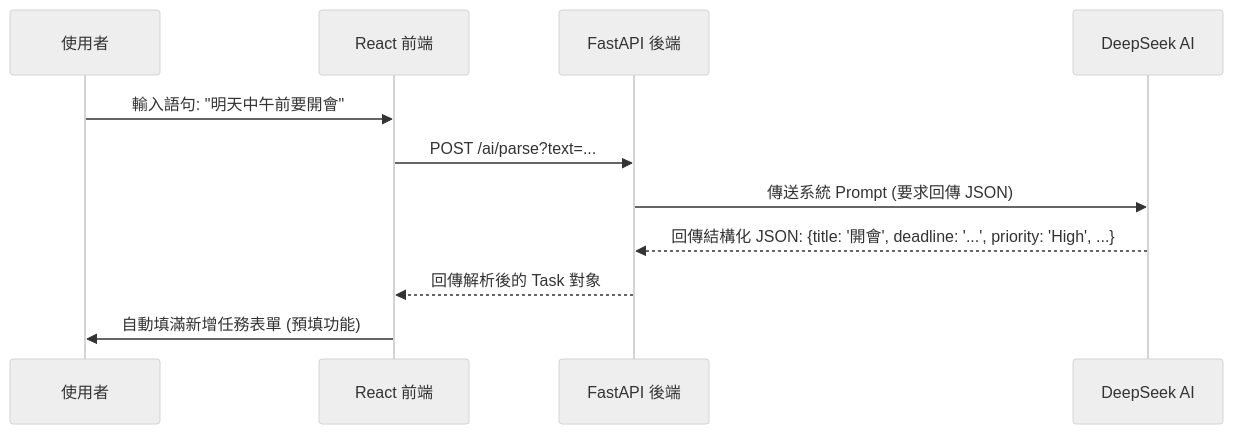
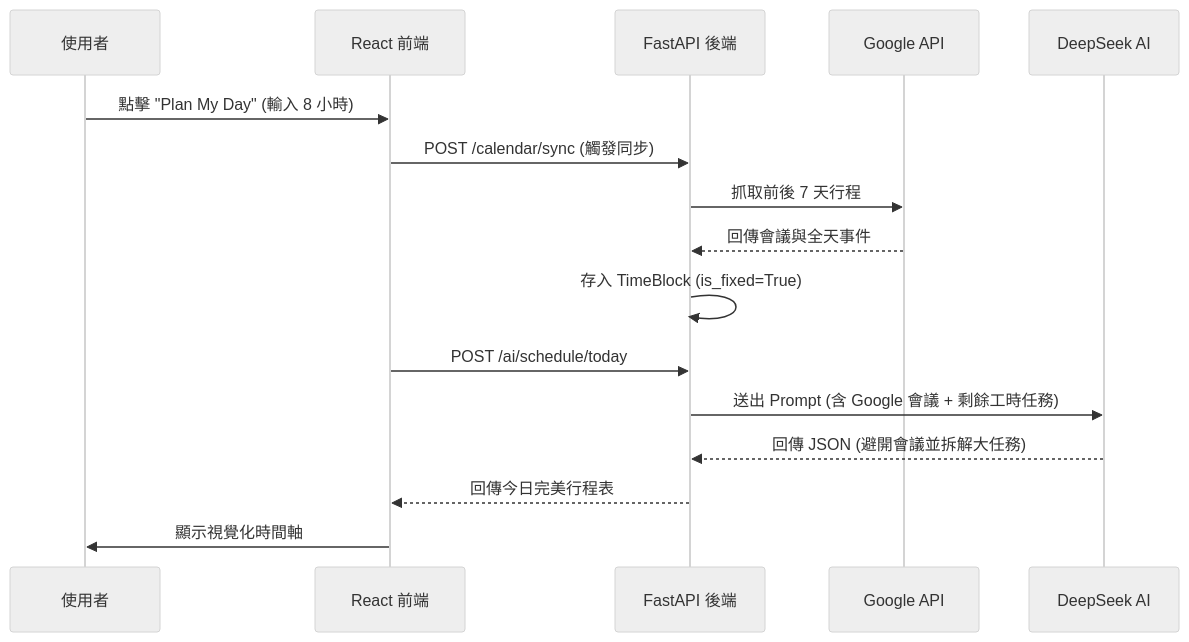
One commit to pppppppphoebe/AI_Task_Manager changed the third of 4 diagrams in system_graph.md. Above: the diagram before and after it, drawn with Mermaid (neutral theme). The commit also changed other lines of this file and 24 other files, not shown here.

Commit message:
identify function and check google calendar

````diff
--- a/system_graph.md
+++ b/system_graph.md
@@ -65,14 +88,19 @@
 ```mermaid
 sequenceDiagram
     participant U as 使用者
     participant F as React 前端
     participant B as FastAPI 後端
+    participant G as Google API
     participant AI as DeepSeek AI
 
-    U->>F: 輸入語句: "明天中午前要開會"
-    F->>B: POST /ai/parse?text=...
-    B->>AI: 傳送系統 Prompt (要求回傳 JSON)
-    AI-->>B: 回傳結構化 JSON: {title: '開會', deadline: '...', priority: 'High', ...}
-    B-->>F: 回傳解析後的 Task 對象
-    F->>U: 自動填滿新增任務表單 (預填功能)
+    U->>F: 點擊 "Plan My Day" (輸入 8 小時)
+    F->>B: POST /calendar/sync (觸發同步)
+    B->>G: 抓取前後 7 天行程
+    G-->>B: 回傳會議與全天事件
+    B->>B: 存入 TimeBlock (is_fixed=True)
+    F->>B: POST /ai/schedule/today
+    B->>AI: 送出 Prompt (含 Google 會議 + 剩餘工時任務)
+    AI-->>B: 回傳 JSON (避開會議並拆解大任務)
+    B-->>F: 回傳今日完美行程表
+    F->>U: 顯示視覺化時間軸
 ```
````
